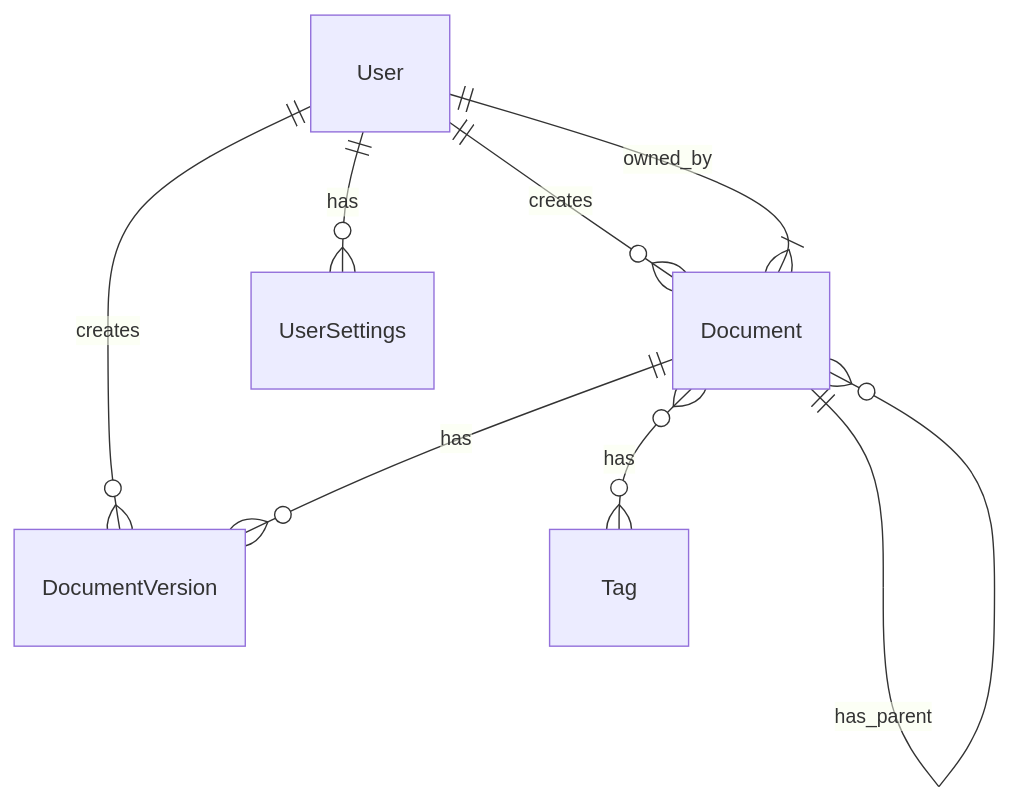
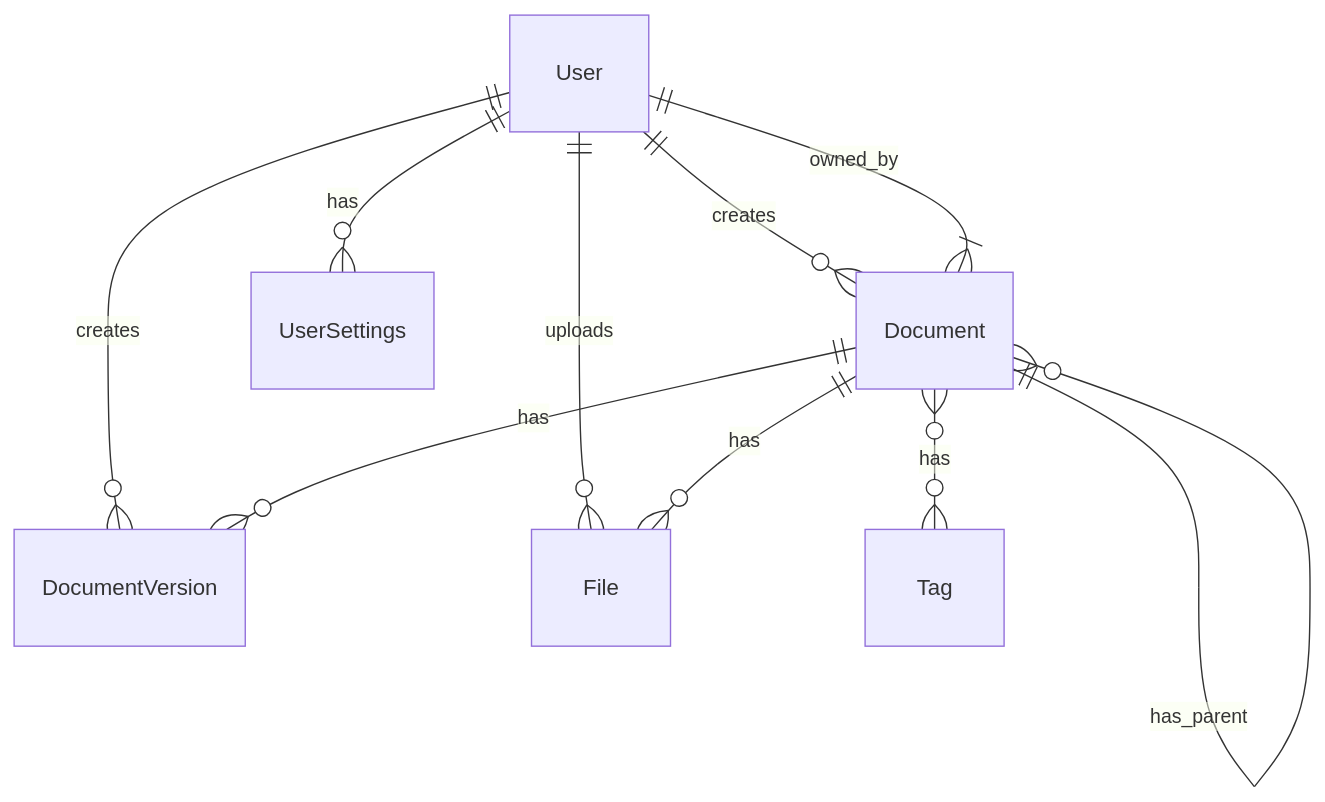
Before and after one commit to Zhaoyikaiii/DocMind: the diagram in docs/database/schema.md, drawn with Mermaid. The commit also changed other lines of this file and 23 other files, not shown here.

````diff
--- a/docs/database/schema.md
+++ b/docs/database/schema.md
@@ -9,11 +9,13 @@
 ```mermaid
 erDiagram
     User ||--o{ Document : creates
     User ||--o{ DocumentVersion : creates
     User ||--o{ UserSettings : has
+    User ||--o{ File : uploads
     Document ||--o{ DocumentVersion : has
     Document }|--|| User : owned_by
     Document }o--o{ Tag : has
     Document ||--o{ Document : has_parent
+    Document ||--o{ File : has
 
 ```
````
